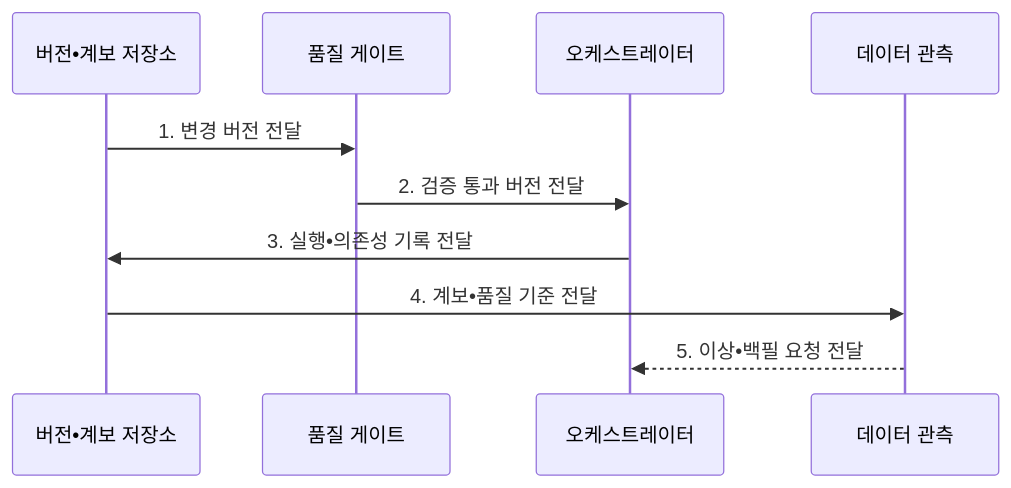
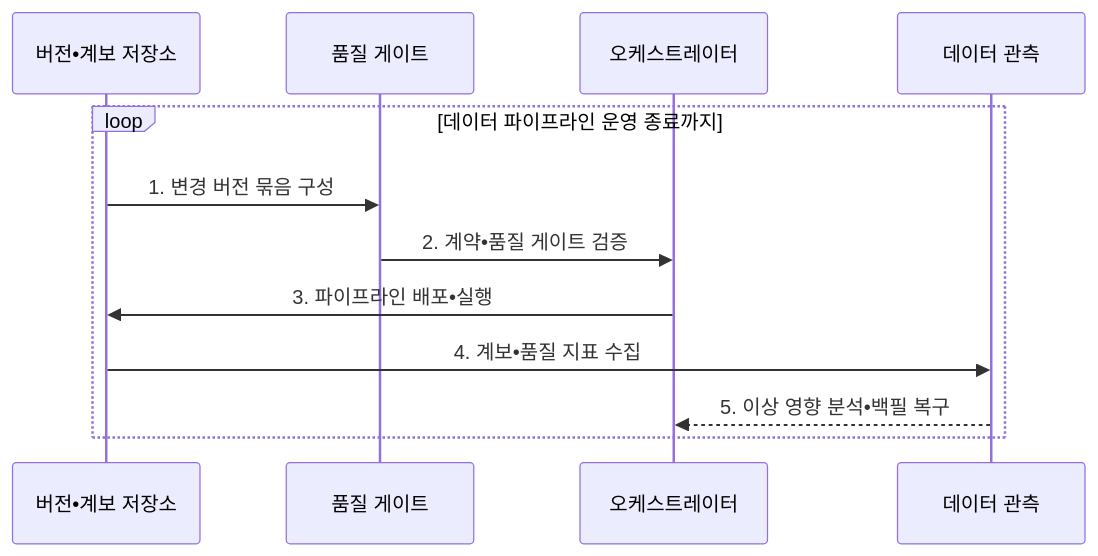
The second of 2 diagrams in src/content/docs/notes/08-latest-tech/131_dataops.md (agnusdei1207/knowledge-base), drawn with Mermaid before and after one commit. The commit also changed other lines of this file and 14 other files, not shown here.

````diff
--- a/src/content/docs/notes/08-latest-tech/131_dataops.md
+++ b/src/content/docs/notes/08-latest-tech/131_dataops.md
@@ -104,12 +104,14 @@
 ```mermaid
 sequenceDiagram
     participant V as 버전•계보 저장소
     participant Q as 품질 게이트
     participant O as 오케스트레이터
     participant M as 데이터 관측
-    V->>Q: 1. 변경 버전 전달
-    Q->>O: 2. 검증 통과 버전 전달
-    O->>V: 3. 실행•의존성 기록 전달
-    V->>M: 4. 계보•품질 기준 전달
-    M-->>O: 5. 이상•백필 요청 전달
+    loop 데이터 파이프라인 운영 종료까지
+        V->>Q: 1. 변경 버전 묶음 구성
+        Q->>O: 2. 계약•품질 게이트 검증
+        O->>V: 3. 파이프라인 배포•실행
+        V->>M: 4. 계보•품질 지표 수집
+        M-->>O: 5. 이상 영향 분석•백필 복구
+    end
 ```
````
